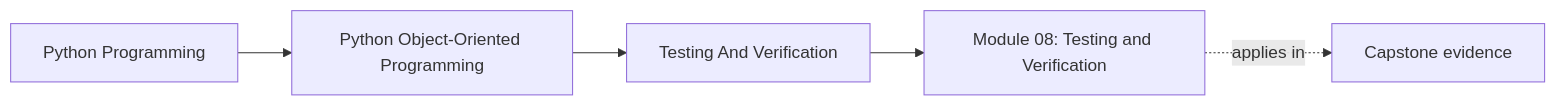
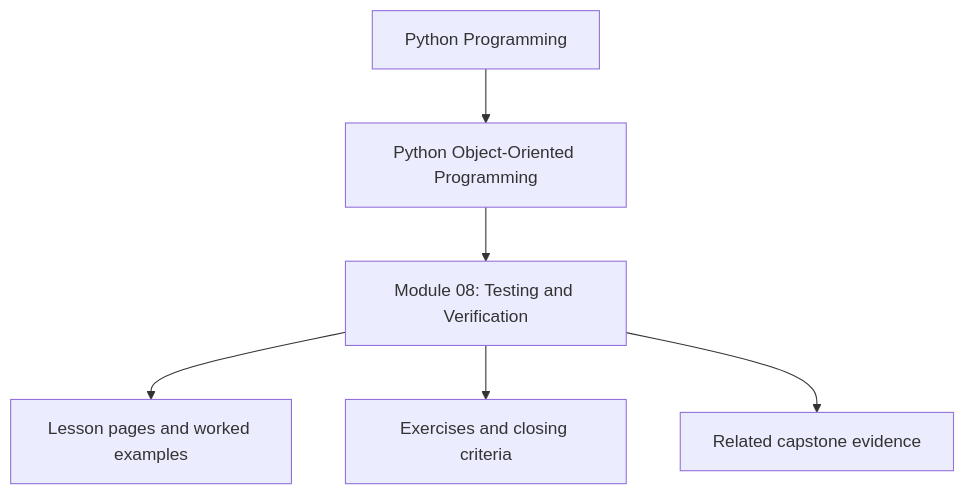
One commit to bijux/bijux-masterclass changed the first of 2 diagrams in programs/python-programming/python-object-oriented-programming/course-book/module-08-testing-and-verification/index.md. Above: the diagram before and after it, drawn with Mermaid. The commit also changed other lines of this file and 10 other files, not shown here.

Commit message:
docs(python-object-oriented-programming): reposition module overview diagrams

````diff
--- a/programs/python-programming/python-object-oriented-programming/course-book/module-08-testing-and-verification/index.md
+++ b/programs/python-programming/python-object-oriented-programming/course-book/module-08-testing-and-verification/index.md
@@ -7,11 +7,8 @@
 ```mermaid
-graph LR
-  family["Python Programming"]
-  program["Python Object-Oriented Programming"]
-  section["Testing And Verification"]
-  page["Module 08: Testing and Verification"]
-  capstone["Capstone evidence"]
-
-  family --> program --> section --> page
-  page -.applies in.-> capstone
+flowchart TD
+  family["Python Programming"] --> program["Python Object-Oriented Programming"]
+  program --> module["Module 08: Testing and Verification"]
+  module --> lessons["Lesson pages and worked examples"]
+  module --> checkpoints["Exercises and closing criteria"]
+  module --> capstone["Related capstone evidence"]
 ```
````
